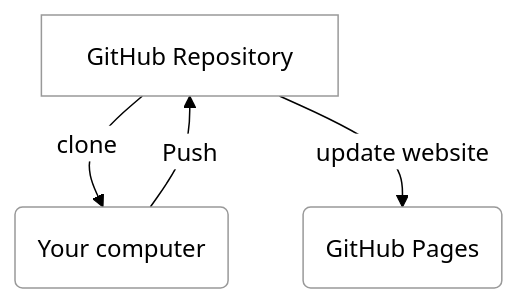
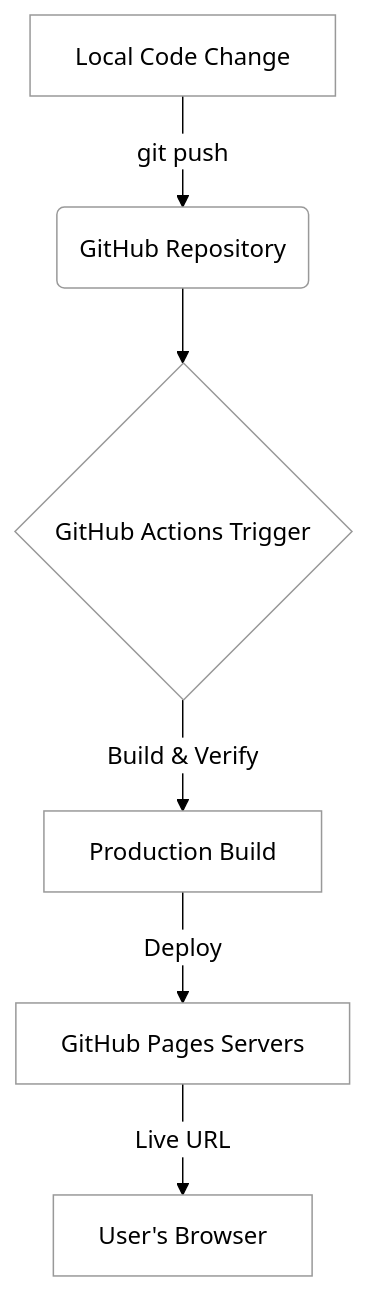
Before and after one commit to webprogramming260/webprogramming: the second of 2 diagrams in instruction/github-pages/github-pages.md, drawn with Mermaid. The commit also changed other lines of this file, not shown here.

Commit message:
Lee Jensen - update(GitHub Pages)

````diff
--- a/instruction/github-pages/github-pages.md
+++ b/instruction/github-pages/github-pages.md
@@ -72,7 +44,9 @@
 ```mermaid
 %%{init: { 'theme': 'neutral', 'themeVariables': { 'mainBkg': '#ffffff', 'lineColor': '#000000', 'primaryTextColor': '#000000', 'actorBorder': '#000000', 'participantBorder': '#000000', 'noteBorderColor': '#000000' } }}%%
 graph TD
-    A[GitHub Repository] -->|clone| B(Your computer)
-    B -->|Push| A
-    A --> |update website| C(GitHub Pages)
+    A[Local Code Change] -->|git push| B(GitHub Repository)
+    B --> C{GitHub Actions Trigger}
+    C -->|Build & Verify| D[Production Build]
+    D -->|Deploy| E[GitHub Pages Servers]
+    E -->|Live URL| F[User's Browser]
 ```
````
